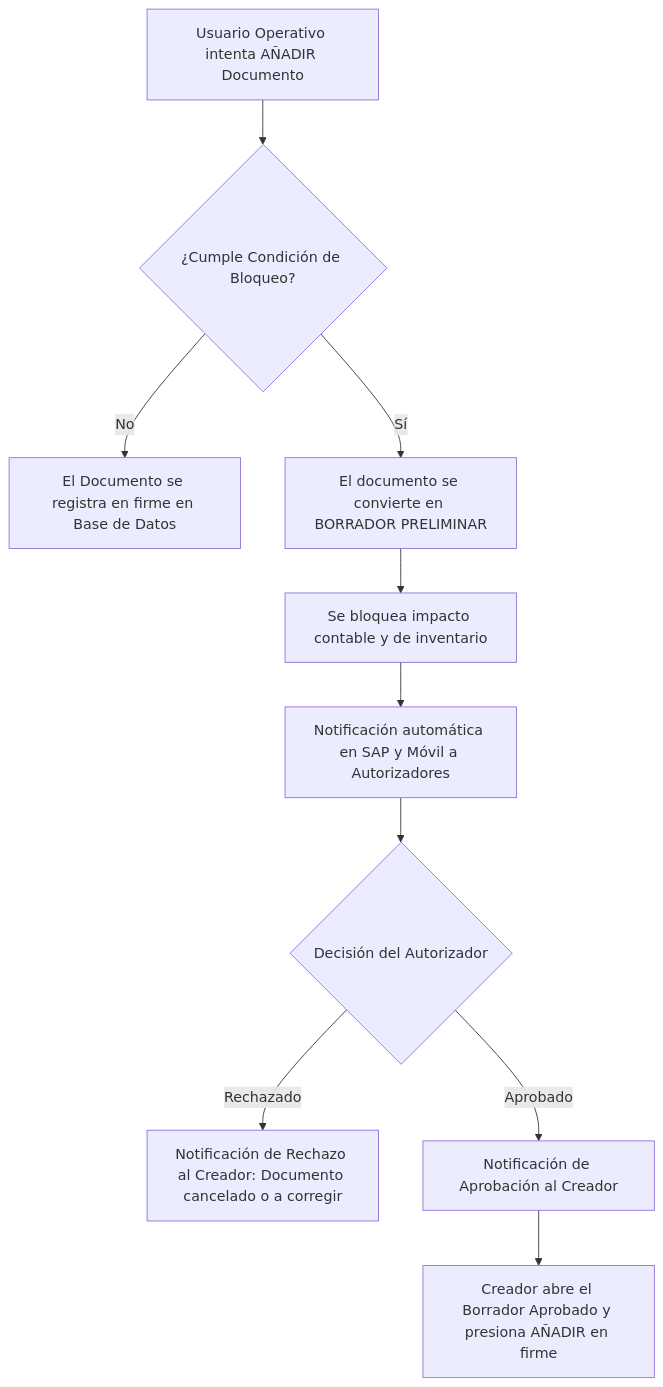
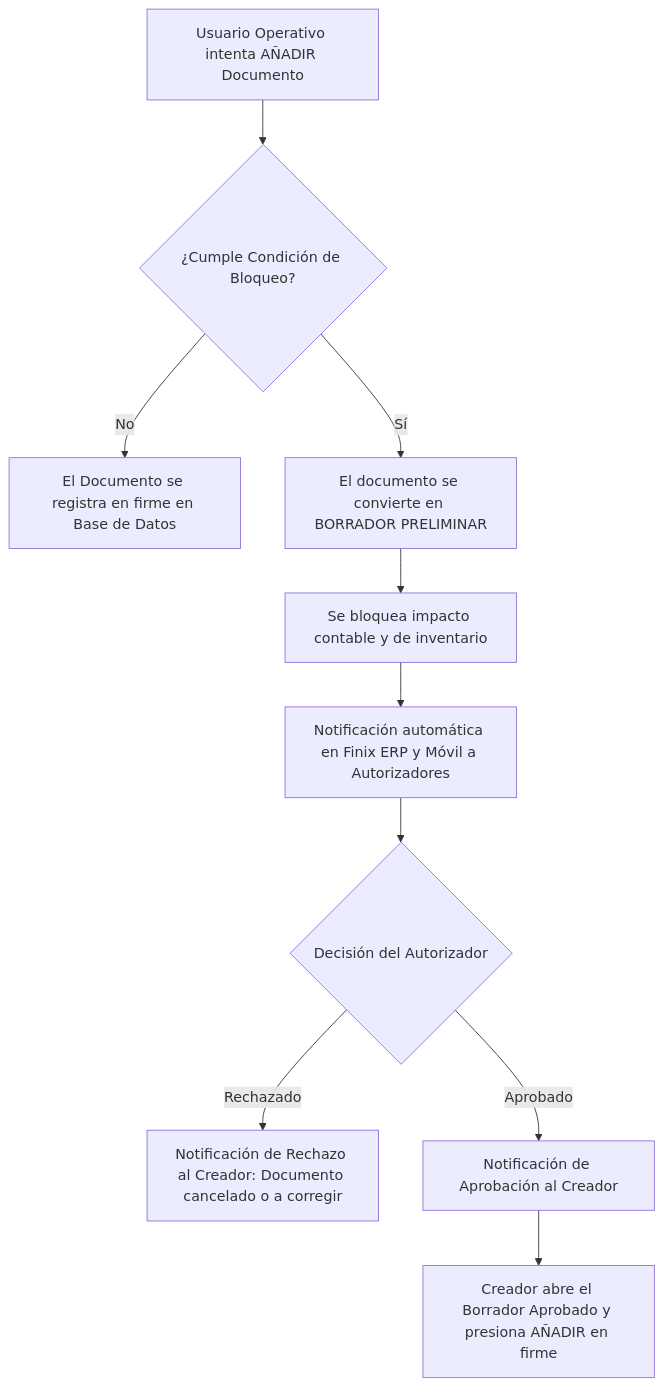
One commit to pablofgarciaf/B1-ACADEMY changed the diagram in public/modulos/Modulo_11.md. Above: the diagram before and after it, drawn with Mermaid. The commit also changed other lines of this file and 4125 other files, not shown here.

````diff
--- a/public/modulos/Modulo_11.md
+++ b/public/modulos/Modulo_11.md
@@ -173,12 +173,12 @@
 ```mermaid
 flowchart TD
     A[Usuario Operativo intenta AÑADIR Documento] --> B{¿Cumple Condición de Bloqueo?}
     B -- No --> C[El Documento se registra en firme en Base de Datos]
     B -- Sí --> D[El documento se convierte en BORRADOR PRELIMINAR]
     D --> E[Se bloquea impacto contable y de inventario]
-    E --> F[Notificación automática en SAP y Móvil a Autorizadores]
+    E --> F[Notificación automática en Finix ERP y Móvil a Autorizadores]
     F --> G{Decisión del Autorizador}
     G -- Rechazado --> H[Notificación de Rechazo al Creador: Documento cancelado o a corregir]
     G -- Aprobado --> I[Notificación de Aprobación al Creador]
     I --> J[Creador abre el Borrador Aprobado y presiona AÑADIR en firme]
 ```
````
